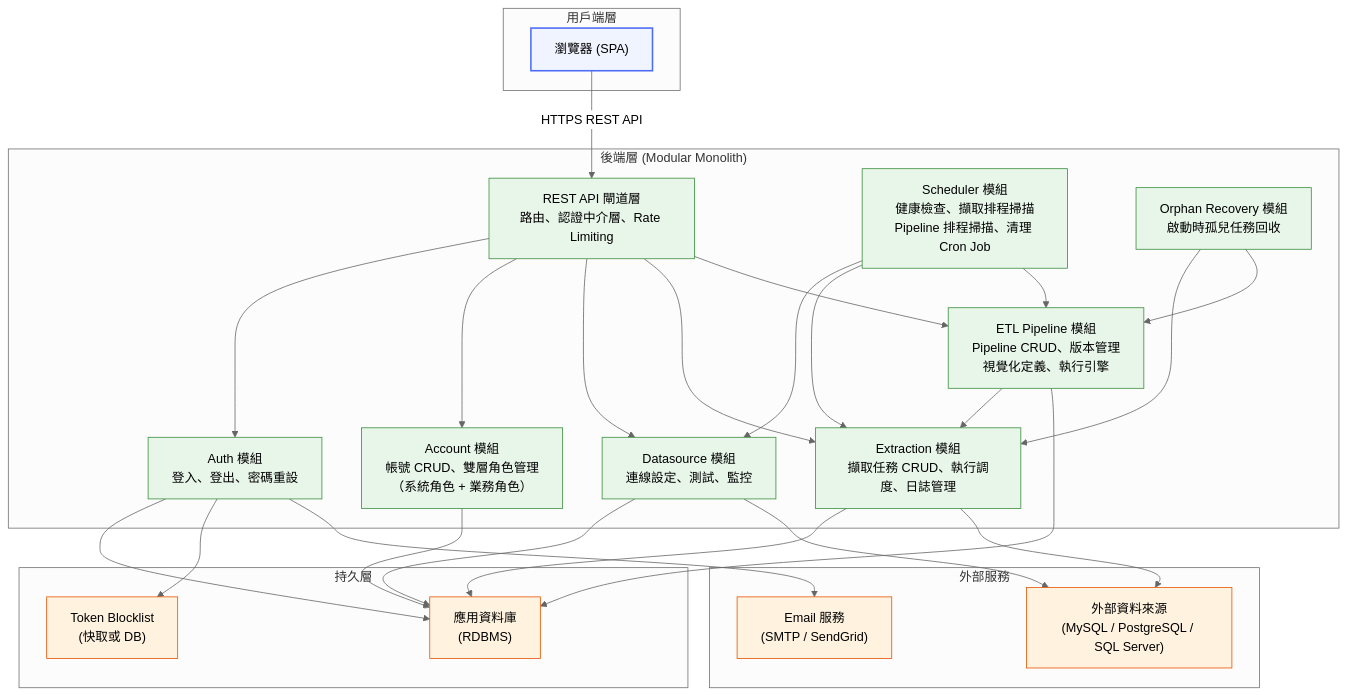
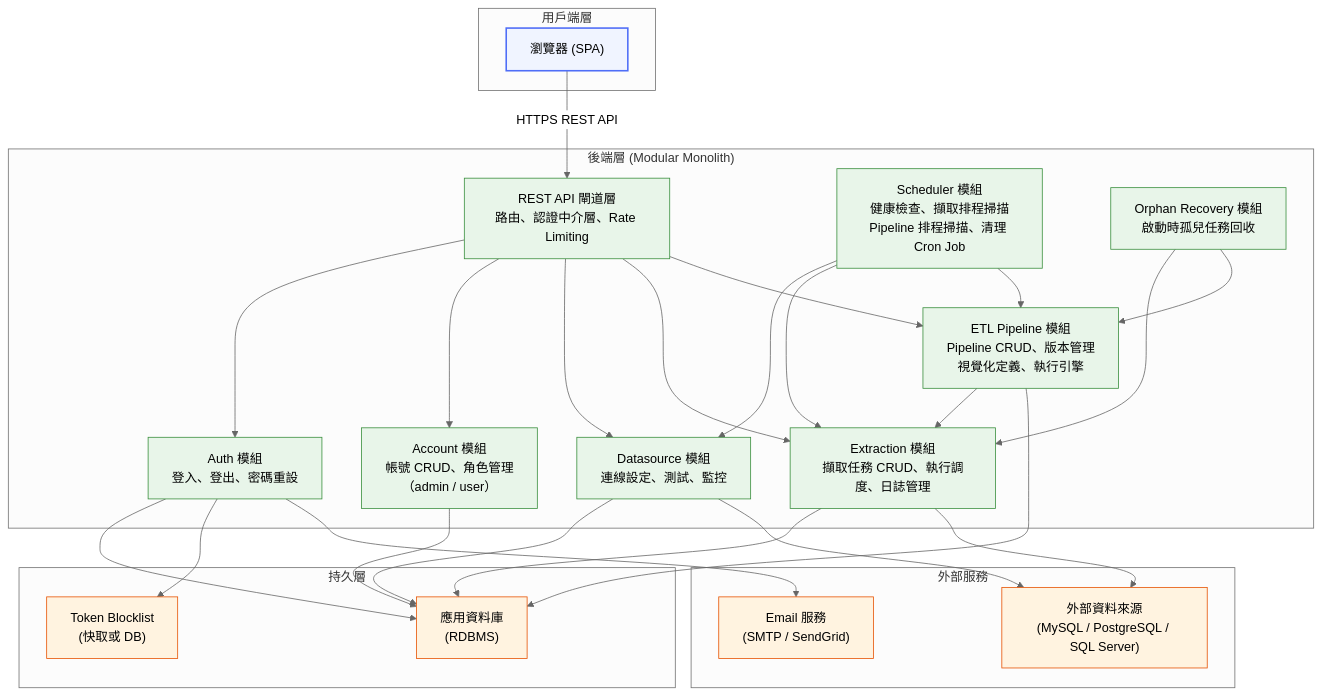
Before and after one commit to wisewhalesoft/cdmp-mvp: the first of 17 diagrams in docs/specs/architecture-spec.md, drawn with Mermaid (neutral theme). The commit also changed other lines of this file and 16 other files, not shown here.

First line of the commit message:
docs(spec): 全面更新 spec 與架構文件角色定義為 Admin/User

````diff
--- a/docs/specs/architecture-spec.md
+++ b/docs/specs/architecture-spec.md
@@ -42,56 +42,56 @@
 ```mermaid
 graph TD
     subgraph 用戶端["用戶端層"]
         Browser["瀏覽器 (SPA)"]
     end
 
     subgraph 後端["後端層 (Modular Monolith)"]
         API["REST API 閘道層<br/>路由、認證中介層、Rate Limiting"]
         AuthMod["Auth 模組<br/>登入、登出、密碼重設"]
-        AccountMod["Account 模組<br/>帳號 CRUD、雙層角色管理<br/>（系統角色 + 業務角色）"]
+        AccountMod["Account 模組<br/>帳號 CRUD、角色管理<br/>（admin / user）"]
         DatasourceMod["Datasource 模組<br/>連線設定、測試、監控"]
         ExtractionMod["Extraction 模組<br/>擷取任務 CRUD、執行調度、日誌管理"]
         ETLMod["ETL Pipeline 模組<br/>Pipeline CRUD、版本管理<br/>視覺化定義、執行引擎"]
         Scheduler["Scheduler 模組<br/>健康檢查、擷取排程掃描<br/>Pipeline 排程掃描、清理 Cron Job"]
         OrphanRecoveryMod["Orphan Recovery 模組<br/>啟動時孤兒任務回收"]
     end
 
     subgraph 持久層["持久層"]
         AppDB["應用資料庫<br/>(RDBMS)"]
         TokenStore["Token Blocklist<br/>(快取或 DB)"]
     end
 
     subgraph 外部["外部服務"]
         Email["Email 服務<br/>(SMTP / SendGrid)"]
         TargetDB["外部資料來源<br/>(MySQL / PostgreSQL / SQL Server)"]
     end
 
     Browser -->|"HTTPS REST API"| API
     API --> AuthMod
     API --> AccountMod
     API --> DatasourceMod
     API --> ExtractionMod
     API --> ETLMod
     Scheduler --> DatasourceMod
     Scheduler --> ExtractionMod
     Scheduler --> ETLMod
     OrphanRecoveryMod --> ExtractionMod
     OrphanRecoveryMod --> ETLMod
     ETLMod --> ExtractionMod
     AuthMod --> AppDB
     AuthMod --> TokenStore
     AuthMod --> Email
     AccountMod --> AppDB
     DatasourceMod --> AppDB
     DatasourceMod --> TargetDB
     ExtractionMod --> AppDB
     ExtractionMod --> TargetDB
     ETLMod --> AppDB
 
     classDef layer fill:#f0f4ff,stroke:#4f6ef7,stroke-width:2px
     classDef module fill:#e8f5e9,stroke:#388e3c,stroke-width:1px
     classDef external fill:#fff3e0,stroke:#e65100,stroke-width:1px
     class Browser layer
     class API,AuthMod,AccountMod,DatasourceMod,ExtractionMod,ETLMod,Scheduler,OrphanRecoveryMod module
     class Email,TargetDB,AppDB,TokenStore external
 ```
````
